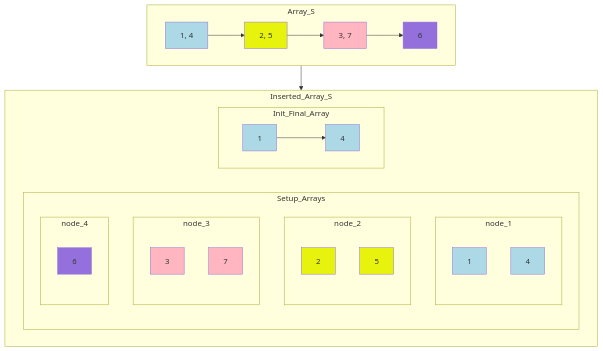
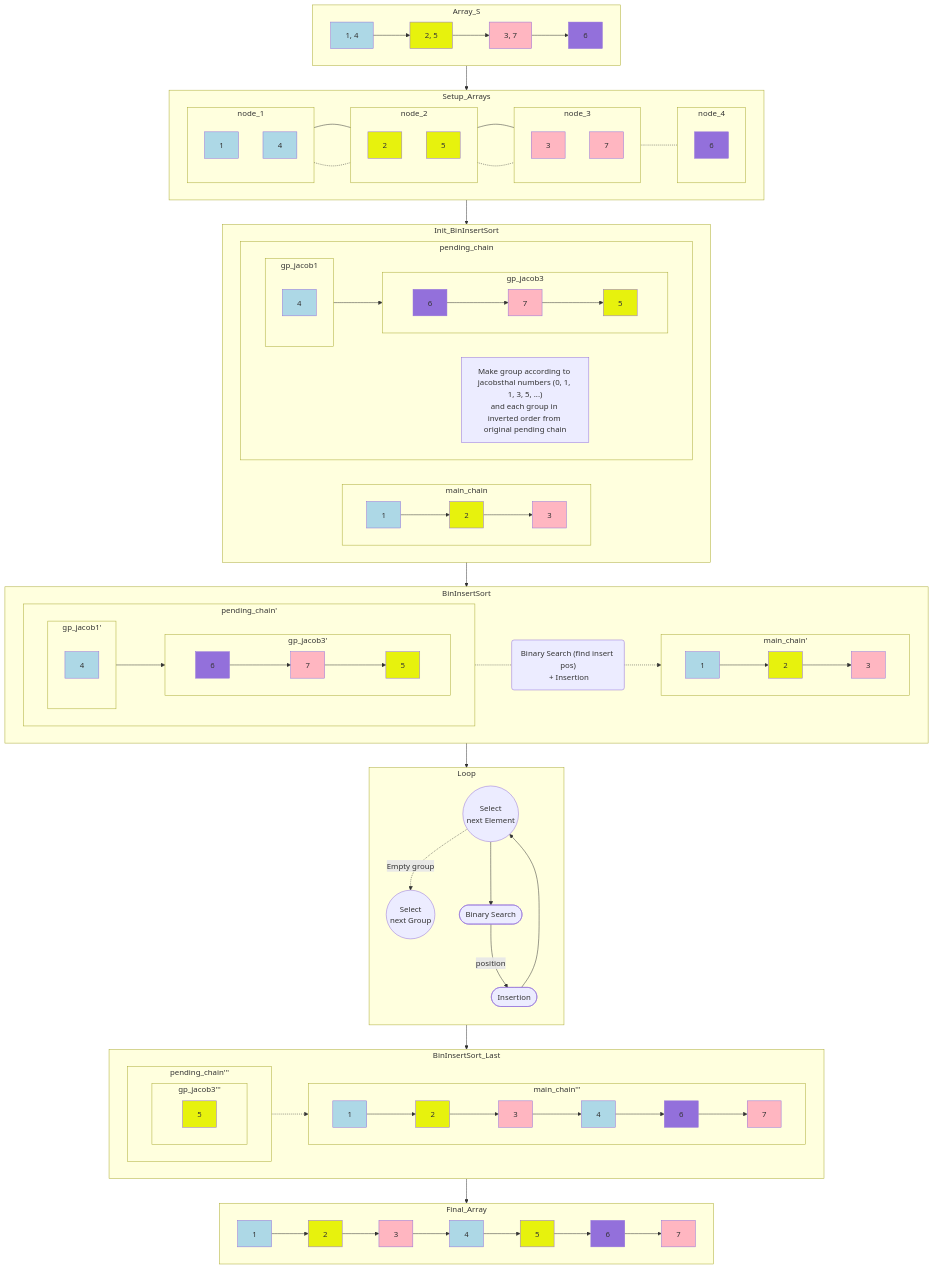
The fifth of 5 diagrams in Projects/CPP_Modules/cpp-exercices.md (Tablerase/42_Projects), drawn with Mermaid before and after one commit. The commit also changed other lines of this file and 1 other file, not shown here.

Commit message:
docs: add diagram for fordjohnson algo, add flowchart for ex00 cpp09

````diff
--- a/Projects/CPP_Modules/cpp-exercices.md
+++ b/Projects/CPP_Modules/cpp-exercices.md
@@ -345,37 +327,134 @@
     Sorted4'''''["6"]:::mediumpurple
     Sorted3''''' --> Sorted1''''' --> Sorted2''''' --> Sorted4'''''
   end
-
-  Array_S --> Inserted_Array_S
-  subgraph Inserted_Array_S
+  Array_S --> Setup_Arrays
+  subgraph Setup_Arrays
     direction LR
-    subgraph Setup_Arrays
+    subgraph node_1
       direction TB
-      subgraph node_1
+      element_1["1"]:::lightblue
+      element_4["4"]:::lightblue
+    end
+    subgraph node_2
+      direction TB
+      element_2["2"]:::yellow
+      element_5["5"]:::yellow
+    end
+    subgraph node_3
+      direction TB
+      element_3["3"]:::lightpink
+      element_7["7"]:::lightpink
+    end
+    subgraph node_4
+      direction TB
+      element_6["6"]:::mediumpurple
+    end
+    element_1 --- element_2 --- element_3
+    element_4 -.- element_5 -.- element_7 -.- element_6
+  end
+  subgraph Init_BinInsertSort
+    direction LR
+    subgraph main_chain
+      direction LR
+      element_1'["1"]:::lightblue
+      element_2'["2"]:::yellow
+      element_3'["3"]:::lightpink
+      element_1' --> element_2' --> element_3'
+    end
+    subgraph pending_chain
+      direction LR
+      element_4'["4"]:::lightblue
+      element_5'["5"]:::yellow
+      element_7'["7"]:::lightpink
+      element_6'["6"]:::mediumpurple
+      subgraph gp_jacob1
         direction TB
-        element_1["1"]:::lightblue
-        element_4["4"]:::lightblue
+        element_4'
       end
-      subgraph node_2
+      subgraph gp_jacob3
+        direction LR
+        element_6' --> element_7' --> element_5'
+      end
+      Note_BinInsertSort["Make group according to jacobsthal numbers (0, 1, 1, 3, 5, ...)\nand each group in inverted order from original pending chain"]
+    end
+    gp_jacob1 --> gp_jacob3
+  end
+  Setup_Arrays --> Init_BinInsertSort
+  subgraph BinInsertSort
+    direction LR
+    subgraph main_chain'
+      direction LR
+      element_1''["1"]:::lightblue
+      element_2''["2"]:::yellow
+      element_3''["3"]:::lightpink
+      element_1'' --> element_2'' --> element_3''
+    end
+    subgraph pending_chain'
+      direction LR
+      element_4''["4"]:::lightblue
+      element_5''["5"]:::yellow
+      element_7''["7"]:::lightpink
+      element_6''["6"]:::mediumpurple
+      subgraph gp_jacob1'
         direction TB
-        element_2["2"]:::yellow
-        element_5["5"]:::yellow
+        element_4''
       end
-      subgraph node_3
-        direction TB
-        element_3["3"]:::lightpink
-        element_7["7"]:::lightpink
+      subgraph gp_jacob3'
+        direction LR
+        element_6'' --> element_7'' --> element_5''
       end
-      subgraph node_4
-        direction TB
-        element_6["6"]:::mediumpurple
+      gp_jacob1' --> gp_jacob3'
+    end 
+    function("Binary Search (find insert pos)\n + Insertion")
+    element_4'' -.- function -.-> element_3''
+  end
+  Init_BinInsertSort --> BinInsertSort
+  
+  BinInsertSort --> Loop
+  subgraph Loop
+    direction TB
+    next_group(("Select\nnext Group"))
+    select(("Select\nnext Element"))
+    binsearch(["Binary Search"])
+    insert(["Insertion"])
+    select --> binsearch
+    binsearch -->|"position"| insert
+    insert --> select
+    select -.->|"Empty group"| next_group
+  end
+  Loop --> BinInsertSort_Last
+  
+  subgraph BinInsertSort_Last
+    direction LR
+    subgraph main_chain'''
+      direction LR
+      element_1'''["1"]:::lightblue
+      element_2'''["2"]:::yellow
+      element_3'''["3"]:::lightpink
+      element_4'''["4"]:::lightblue
+      element_6'''["6"]:::mediumpurple
+      element_7'''["7"]:::lightpink
+      element_1''' --> element_2''' --> element_3''' --> element_4''' --> element_6''' --> element_7'''
+    end
+    subgraph pending_chain'''
+      direction LR
+      subgraph gp_jacob3'''
+        direction LR
+        element_5'''["5"]:::yellow
       end
     end
-    subgraph Init_Final_Array
-      direction LR
-      element_1'["1"]:::lightblue
-      element_4'["4"]:::lightblue
-      element_1' --> element_4'
-    end
+    element_5''' -.-> element_4'''
+  end
+  BinInsertSort_Last --> Final_Array
+  subgraph Final_Array
+    direction LR
+    element_1''''["1"]:::lightblue
+    element_2''''["2"]:::yellow
+    element_3''''["3"]:::lightpink
+    element_4''''["4"]:::lightblue
+    element_5''''["5"]:::yellow
+    element_6''''["6"]:::mediumpurple
+    element_7''''["7"]:::lightpink
+    element_1'''' --> element_2'''' --> element_3'''' --> element_4'''' --> element_5'''' --> element_6'''' --> element_7''''
   end
 ```
````
